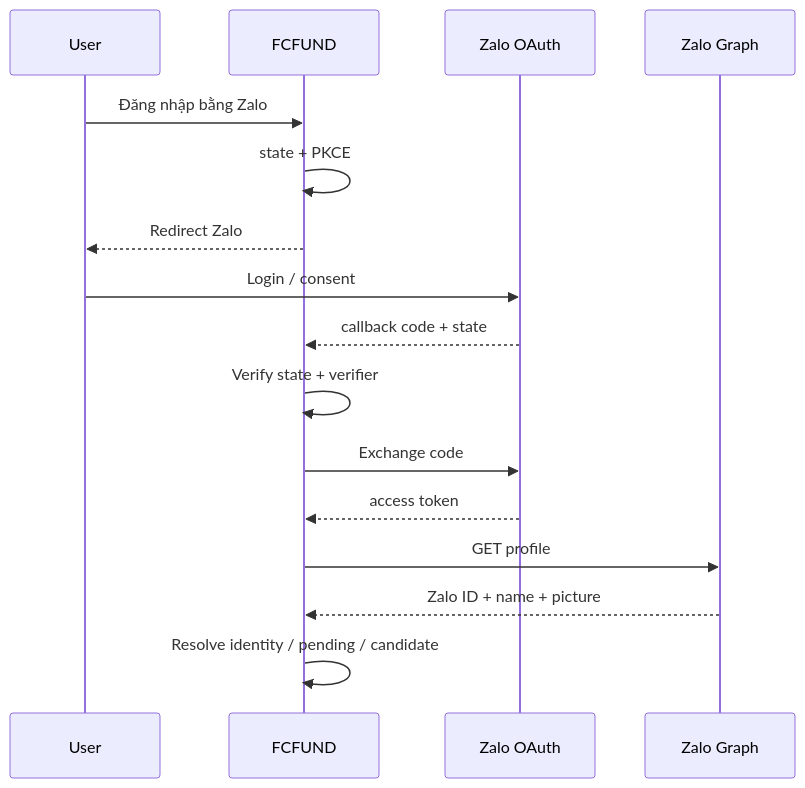
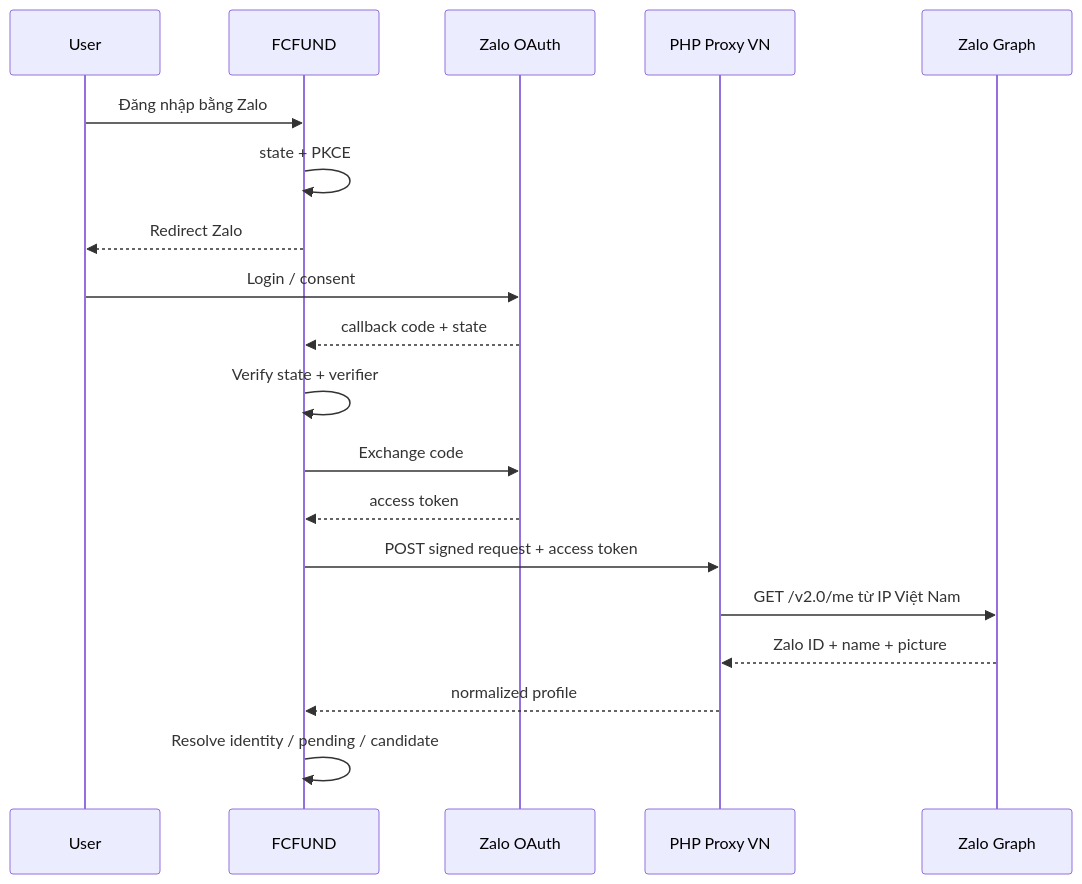
Before and after one commit to thanhhai14/fcfund: the sixth of 6 diagrams in documents/13-dang-nhap-zalo-cho-pwa.md, drawn with Mermaid. The commit also changed other lines of this file and 9 other files, not shown here.

Commit message:
feat: add Vietnam PHP proxy for Zalo profile

````diff
--- a/documents/13-dang-nhap-zalo-cho-pwa.md
+++ b/documents/13-dang-nhap-zalo-cho-pwa.md
@@ -404,19 +404,22 @@
 ```mermaid
 sequenceDiagram
     participant U as User
     participant F as FCFUND
     participant Z as Zalo OAuth
+    participant P as PHP Proxy VN
     participant G as Zalo Graph
 
     U->>F: Đăng nhập bằng Zalo
     F->>F: state + PKCE
     F-->>U: Redirect Zalo
     U->>Z: Login / consent
     Z-->>F: callback code + state
     F->>F: Verify state + verifier
     F->>Z: Exchange code
     Z-->>F: access token
-    F->>G: GET profile
-    G-->>F: Zalo ID + name + picture
+    F->>P: POST signed request + access token
+    P->>G: GET /v2.0/me từ IP Việt Nam
+    G-->>P: Zalo ID + name + picture
+    P-->>F: normalized profile
     F->>F: Resolve identity / pending / candidate
 ```
````
